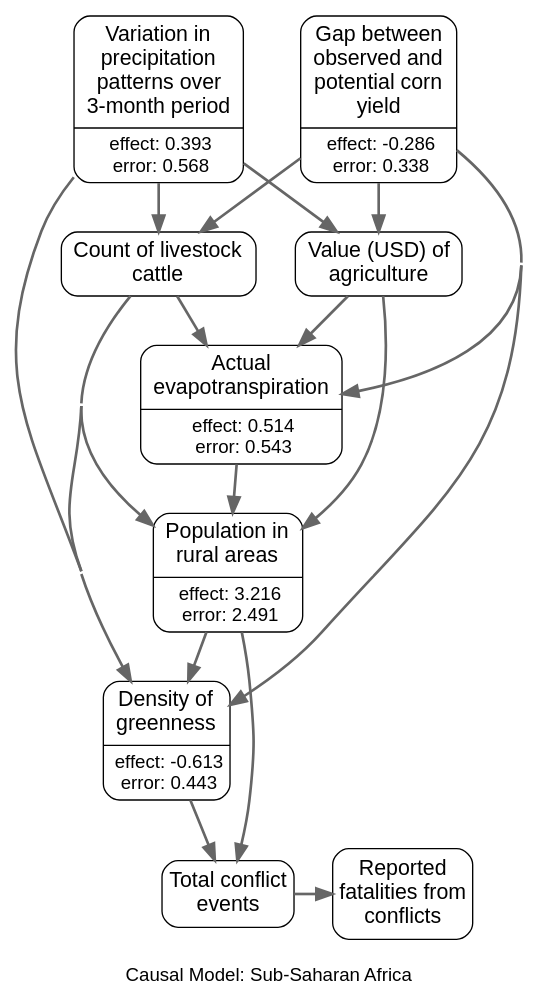
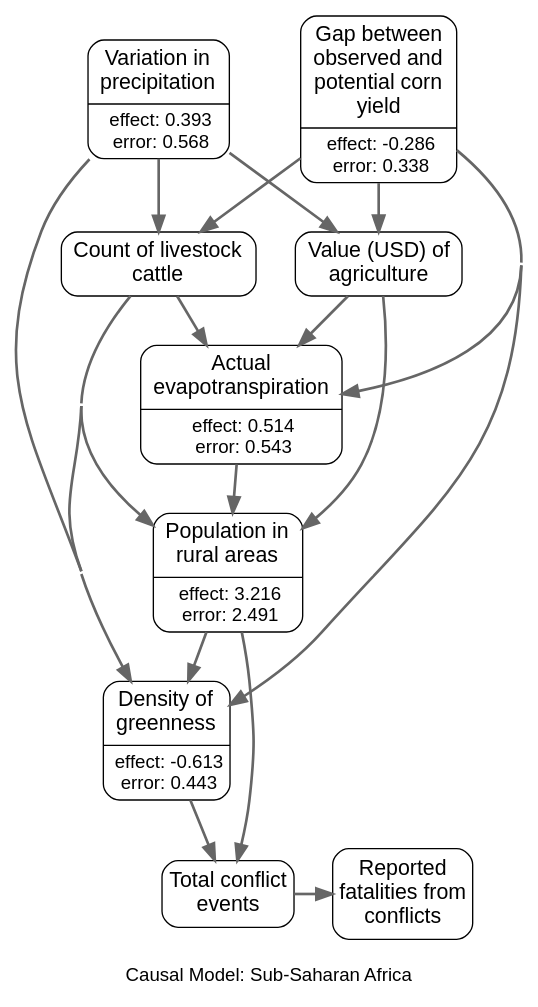
Before and after one commit to wri/wri-wpsi: the diagram in app/javascript/images/regions/causal_graphs/sub-saharan_africa.gv, drawn with Graphviz. The commit also changed 7 other files, not shown here.

Commit message:
regen graphs

```diff
--- a/app/javascript/images/regions/causal_graphs/sub-saharan_africa.gv
+++ b/app/javascript/images/regions/causal_graphs/sub-saharan_africa.gv
@@ -1,75 +1,75 @@
 # generated file for region: sub-saharan_africa by CausalModelRegionGenerator
 strict digraph causalModel {
 fontname="Helvetica, Arial, sans-serif";
 label="
 Causal Model: Sub-Saharan Africa";
 labelloc = b;
 nodesep = 0.4;
 concentrate = true;
 node[shape = Mrecord, fontname = "Helvetica, Arial, sans-serif", margin = "0.10,0.06", penwidth = 1.0];
 edge[arrowsize = 1.2 penwidth = 2 color="#666666"];
 
 # nodes
 et_actl_m_MAX_m [label = <{<table align="center" border="0" cellspacing="1" cellpadding="1">
 <tr><td><font point-size="16">Actual<br/>evapotranspiration<br/></font></td></tr>
 </table>
 |<table border="0" cellspacing="1" cellpadding="0.5"><tr><td><font point-size="14">effect: 0.514</font></td></tr>
 <tr><td><font point-size="14">error: 0.543</font></td></tr></table>}>, class = rankB];
 cattle_number_s [label = <<table align="center" border="0" cellspacing="1" cellpadding="1">
 <tr><td><font point-size="16">Count of livestock<br/>cattle<br/></font></td></tr>
 </table>
 >, class = rankB];
 spi_3_m [label = <{<table align="center" border="0" cellspacing="1" cellpadding="1">
-<tr><td><font point-size="16">Variation in<br/>precipitation<br/>patterns over<br/>3-month period<br/></font></td></tr>
+<tr><td><font point-size="16">Variation in<br/>precipitation<br/></font></td></tr>
 </table>
 |<table border="0" cellspacing="1" cellpadding="0.5"><tr><td><font point-size="14">effect: 0.393</font></td></tr>
 <tr><td><font point-size="14">error: 0.568</font></td></tr></table>}>, class = rankA];
 spam_V_agg_t_sum_s [label = <<table align="center" border="0" cellspacing="1" cellpadding="1">
 <tr><td><font point-size="16">Value (USD) of<br/>agriculture<br/></font></td></tr>
 </table>
 >, class = rankB];
 yield_gap_maize_s [label = <{<table align="center" border="0" cellspacing="1" cellpadding="1">
 <tr><td><font point-size="16">Gap between<br/>observed and<br/>potential corn<br/>yield<br/></font></td></tr>
 </table>
 |<table border="0" cellspacing="1" cellpadding="0.5"><tr><td><font point-size="14">effect: -0.286</font></td></tr>
 <tr><td><font point-size="14">error: 0.338</font></td></tr></table>}>, class = rankA];
 rurpop_s [label = <{<table align="center" border="0" cellspacing="1" cellpadding="1">
 <tr><td><font point-size="16">Population in<br/>rural areas<br/></font></td></tr>
 </table>
 |<table border="0" cellspacing="1" cellpadding="0.5"><tr><td><font point-size="14">effect: 3.216</font></td></tr>
 <tr><td><font point-size="14">error: 2.491</font></td></tr></table>}>, class = rankB];
 ndvi_act_min_m [label = <{<table align="center" border="0" cellspacing="1" cellpadding="1">
 <tr><td><font point-size="16">Density of<br/>greenness<br/></font></td></tr>
 </table>
 |<table border="0" cellspacing="1" cellpadding="0.5"><tr><td><font point-size="14">effect: -0.613</font></td></tr>
 <tr><td><font point-size="14">error: 0.443</font></td></tr></table>}>, class = rankB];
 acl_sum_evnt_m [label = "Total conflict
 events" class = rankC shape=box style=rounded fontsize="16pt" margin = "0.05,0.10"];
 acl_sum_fatl_m [label = "Reported
 fatalities from
 conflicts" class = rankC shape=box style=rounded fontsize="16pt" margin = "0.05,0.10"];
 
 #ranks
 {rank=same; spi_3_m yield_gap_maize_s; }
 {rank=same; acl_sum_evnt_m acl_sum_fatl_m; }
 
 # links
 et_actl_m_MAX_m -> rurpop_s;
 cattle_number_s -> et_actl_m_MAX_m;
 cattle_number_s -> rurpop_s;
 cattle_number_s -> ndvi_act_min_m;
 spi_3_m -> cattle_number_s;
 spi_3_m -> spam_V_agg_t_sum_s;
 spi_3_m -> ndvi_act_min_m;
 spam_V_agg_t_sum_s -> et_actl_m_MAX_m;
 spam_V_agg_t_sum_s -> rurpop_s;
 yield_gap_maize_s -> et_actl_m_MAX_m;
 yield_gap_maize_s -> cattle_number_s;
 yield_gap_maize_s -> spam_V_agg_t_sum_s;
 yield_gap_maize_s -> ndvi_act_min_m;
 rurpop_s -> ndvi_act_min_m;
 rurpop_s -> acl_sum_evnt_m;
 ndvi_act_min_m -> acl_sum_evnt_m;
 acl_sum_evnt_m -> acl_sum_fatl_m;
 
 }
```
